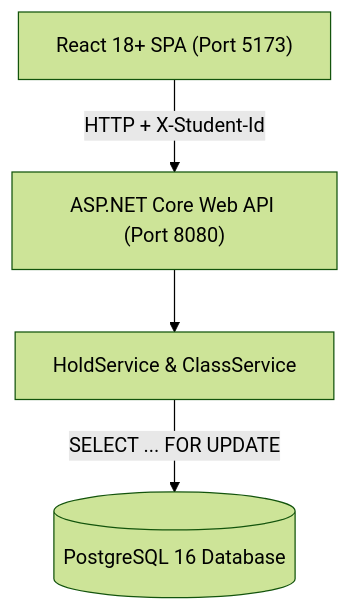
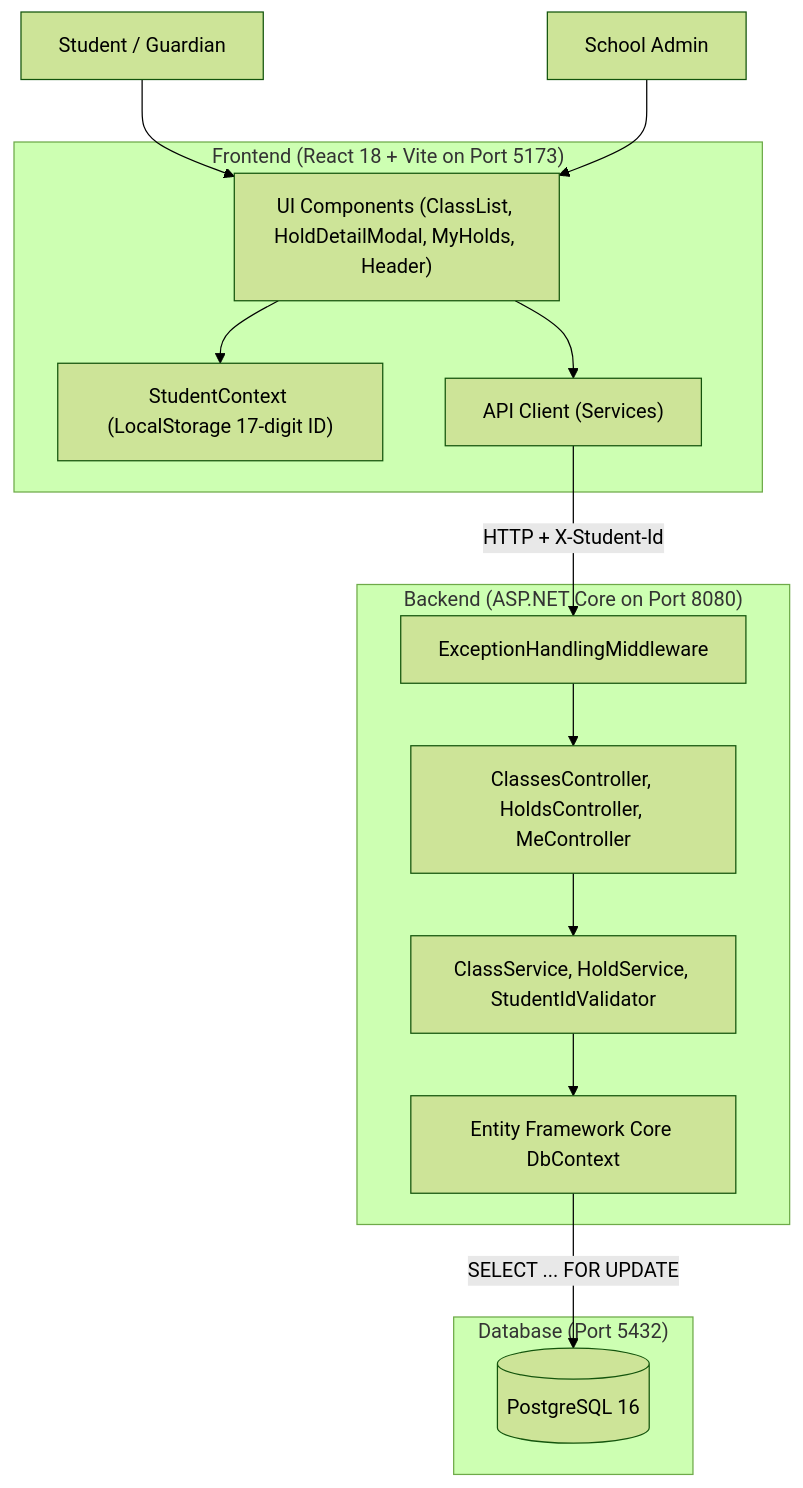
Before and after one commit to Murad134/School-Admission-System: the first of 2 diagrams in README.md, drawn with Mermaid (forest theme). The commit also changed other lines of this file, not shown here.

Commit message:
docs: finalize README.md with accurate paths, commands, schemas, and prominent quickstart instructions

````diff
--- a/README.md
+++ b/README.md
@@ -109,11 +164,32 @@
 ```mermaid
 flowchart TD
-    Browser["React 18+ SPA (Port 5173)"]
-    API["ASP.NET Core Web API (Port 8080)"]
-    Services["HoldService & ClassService"]
-    Postgres[("PostgreSQL 16 Database")]
+    Student[Student / Guardian]
+    Admin[School Admin]
 
-    Browser -->|HTTP + X-Student-Id| API
-    API --> Services
-    Services -->|SELECT ... FOR UPDATE| Postgres
+    subgraph Frontend["Frontend (React 18 + Vite on Port 5173)"]
+        UI["UI Components (ClassList, HoldDetailModal, MyHolds, Header)"]
+        Context["StudentContext (LocalStorage 17-digit ID)"]
+        Client["API Client (Services)"]
+    end
+
+    subgraph Backend["Backend (ASP.NET Core on Port 8080)"]
+        Middleware["ExceptionHandlingMiddleware"]
+        Controllers["ClassesController, HoldsController, MeController"]
+        Services["ClassService, HoldService, StudentIdValidator"]
+        EF["Entity Framework Core DbContext"]
+    end
+
+    subgraph Database["Database (Port 5432)"]
+        DB[("PostgreSQL 16")]
+    end
+
+    Student --> UI
+    Admin --> UI
+    UI --> Context
+    UI --> Client
+    Client -->|HTTP + X-Student-Id| Middleware
+    Middleware --> Controllers
+    Controllers --> Services
+    Services --> EF
+    EF -->|SELECT ... FOR UPDATE| DB
 ```
````
